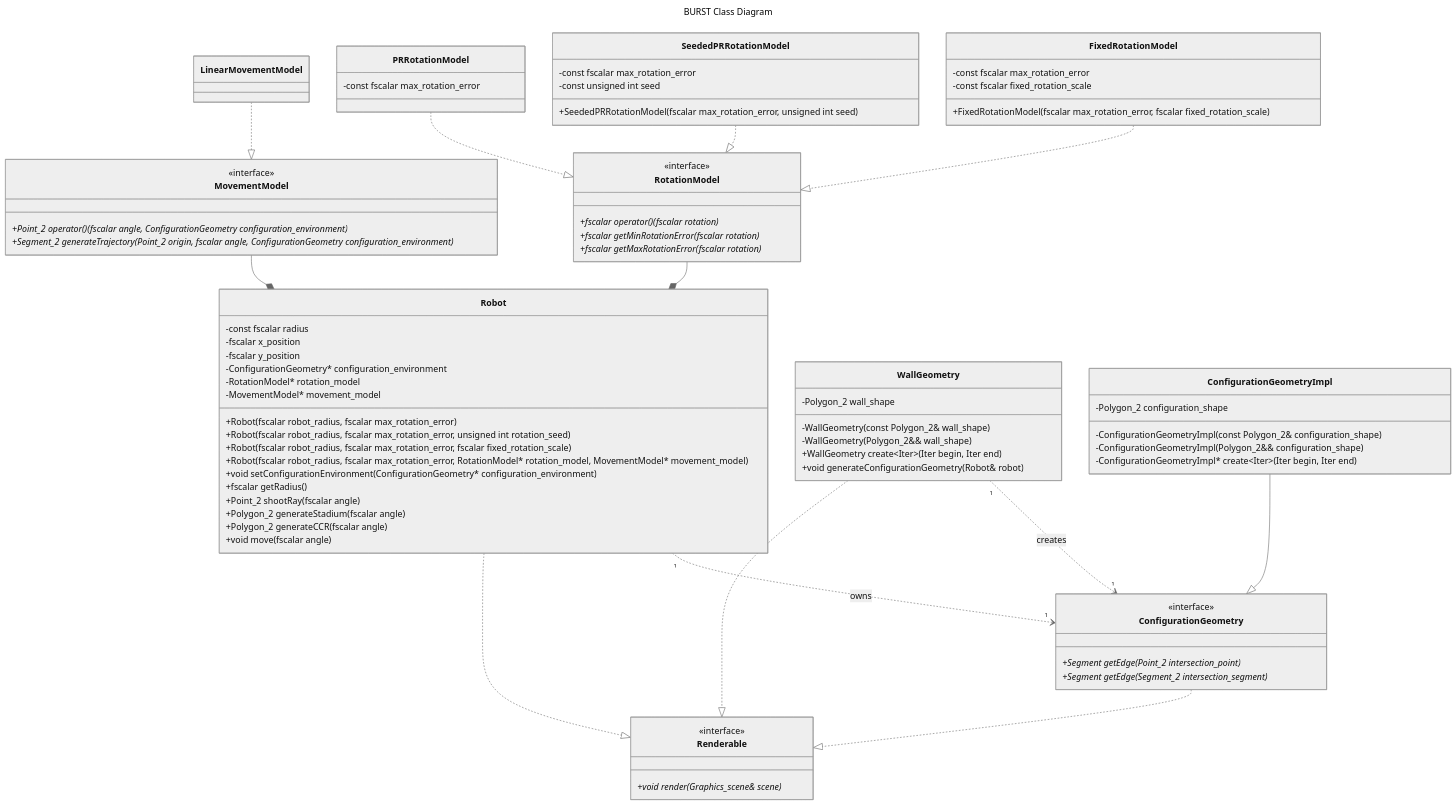
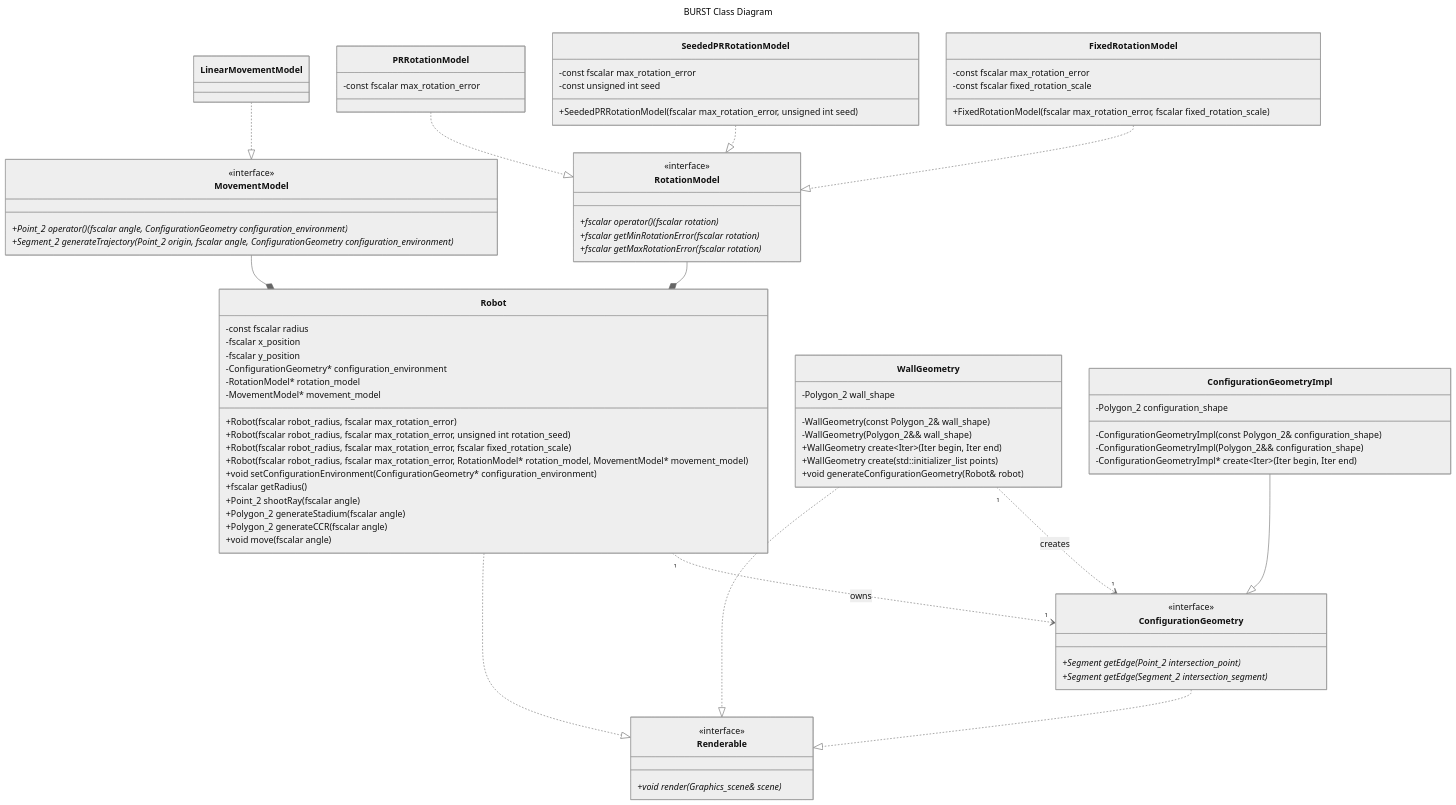
The diagram in docs/DESIGN.md (KedarPanchal/DAIR-BURST), drawn with Mermaid (neutral theme) before and after one commit. The commit also changed 1 other file, not shown here.

Commit message:
Add initializer_list initialization for WallGeometry

```diff
--- a/docs/DESIGN.md
+++ b/docs/DESIGN.md
@@ -89,6 +89,7 @@
         -WallGeometry(const Polygon_2& wall_shape)
         -WallGeometry(Polygon_2&& wall_shape)
         +WallGeometry create~Iter~(Iter begin, Iter end)
+        +WallGeometry create(std::initializer_list<Point_2> points)
         +void generateConfigurationGeometry(Robot& robot)
     }
     WallGeometry ..|> Renderable
```
